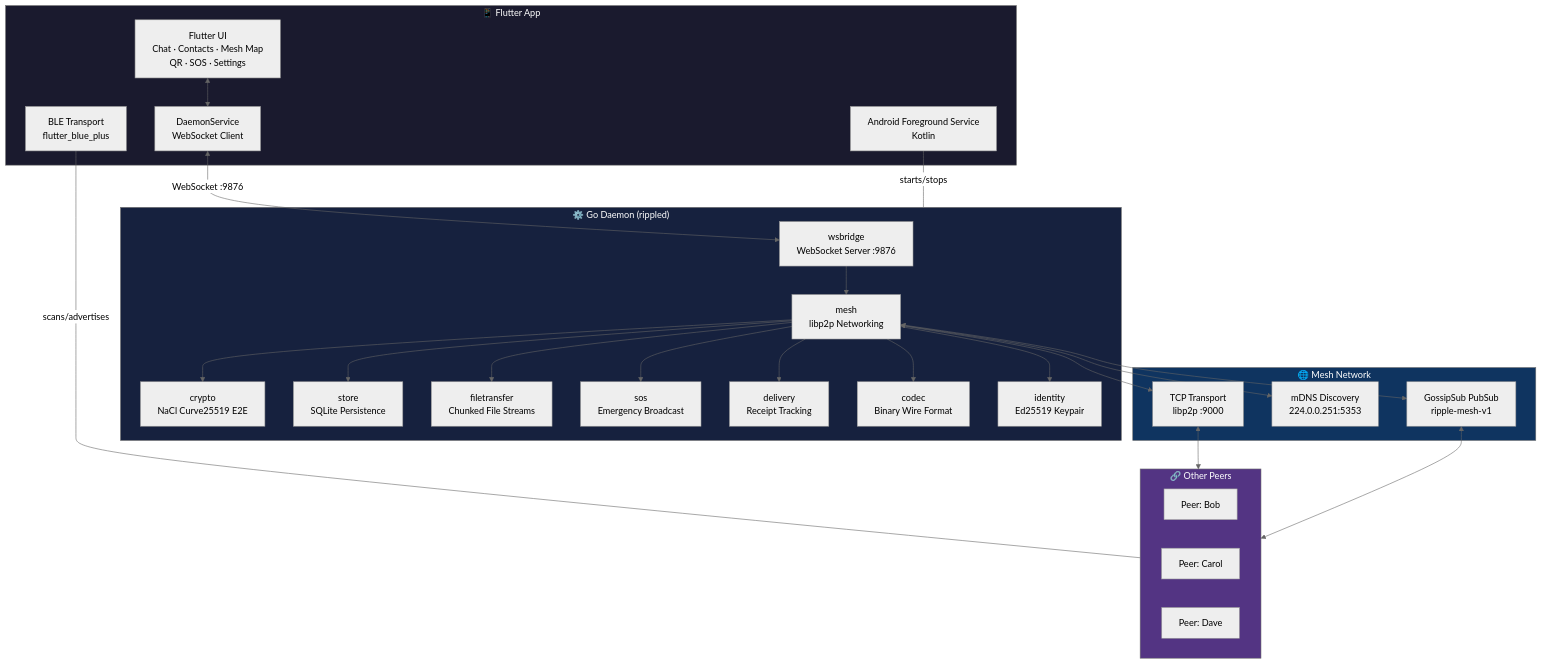
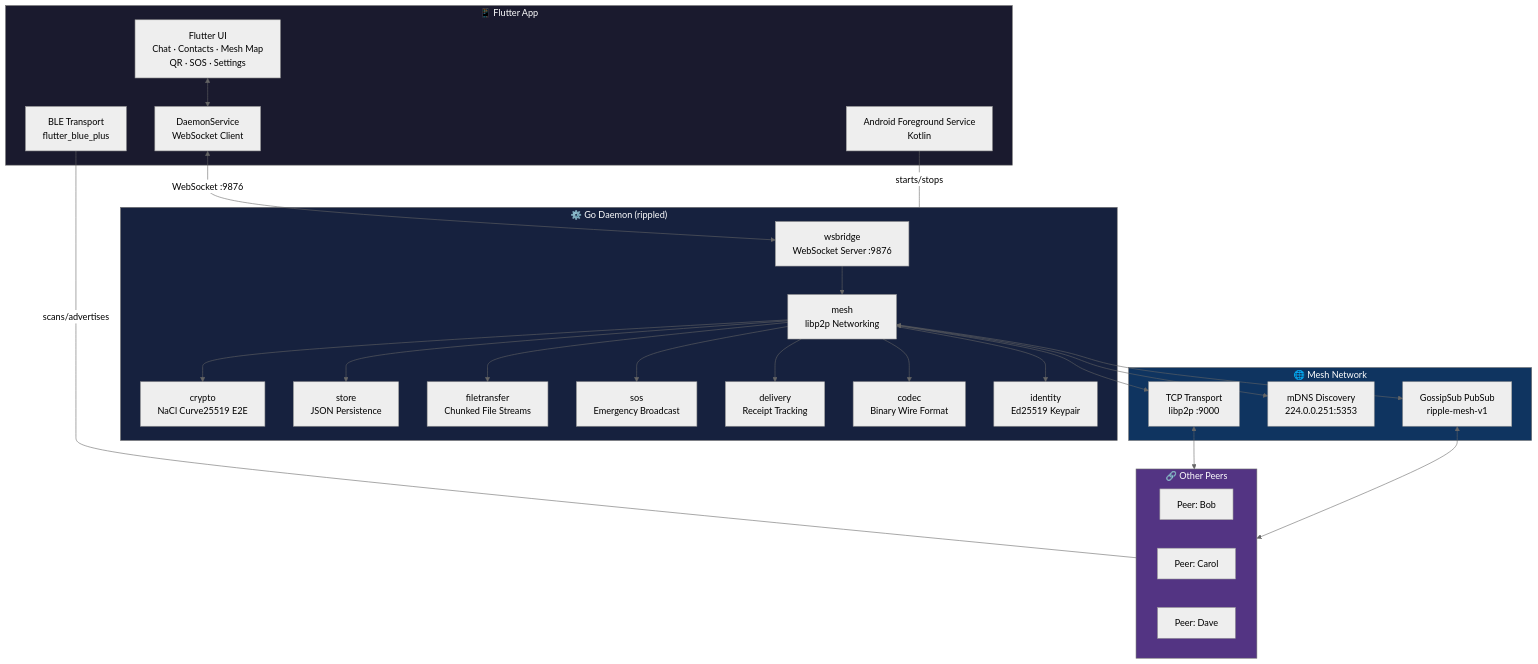
Before and after one commit to shashank-tomar0/Ripple: the first of 3 diagrams in README.md, drawn with Mermaid (neutral theme). The commit also changed other lines of this file and 3 other files, not shown here.

````diff
--- a/README.md
+++ b/README.md
@@ -68,57 +68,57 @@
 ```mermaid
 graph TB
     subgraph Mobile["📱 Flutter App"]
         UI["Flutter UI<br/>Chat · Contacts · Mesh Map<br/>QR · SOS · Settings"]
         DaemonService["DaemonService<br/>WebSocket Client"]
         BLE["BLE Transport<br/>flutter_blue_plus"]
         Foreground["Android Foreground Service<br/>Kotlin"]
     end
 
     subgraph Backend["⚙️ Go Daemon (rippled)"]
         WS["wsbridge<br/>WebSocket Server :9876"]
         Mesh["mesh<br/>libp2p Networking"]
         Crypto["crypto<br/>NaCl Curve25519 E2E"]
-        Store["store<br/>SQLite Persistence"]
+        Store["store<br/>JSON Persistence"]
         FileXfer["filetransfer<br/>Chunked File Streams"]
         SOS["sos<br/>Emergency Broadcast"]
         Delivery["delivery<br/>Receipt Tracking"]
         Codec["codec<br/>Binary Wire Format"]
         Identity["identity<br/>Ed25519 Keypair"]
     end
 
     subgraph Network["🌐 Mesh Network"]
         TCP["TCP Transport<br/>libp2p :9000"]
         MDNS["mDNS Discovery<br/>224.0.0.251:5353"]
         Gossip["GossipSub PubSub<br/>ripple-mesh-v1"]
     end
 
     subgraph Peers["🔗 Other Peers"]
         P1["Peer: Bob"]
         P2["Peer: Carol"]
         P3["Peer: Dave"]
     end
 
     UI <--> DaemonService
     DaemonService <-->|"WebSocket :9876"| WS
     Foreground ---|"starts/stops"| Backend
     BLE ---|"scans/advertises"| Peers
 
     WS --> Mesh
     Mesh --> Crypto
     Mesh --> Store
     Mesh --> FileXfer
     Mesh --> SOS
     Mesh --> Delivery
     Mesh --> Codec
     Mesh --> Identity
 
     Mesh <--> TCP
     Mesh <--> MDNS
     Mesh <--> Gossip
     TCP & Gossip <--> Peers
 
     style Mobile fill:#1a1a2e,color:#fff
     style Backend fill:#16213e,color:#fff
     style Network fill:#0f3460,color:#fff
     style Peers fill:#533483,color:#fff
 ```
````
